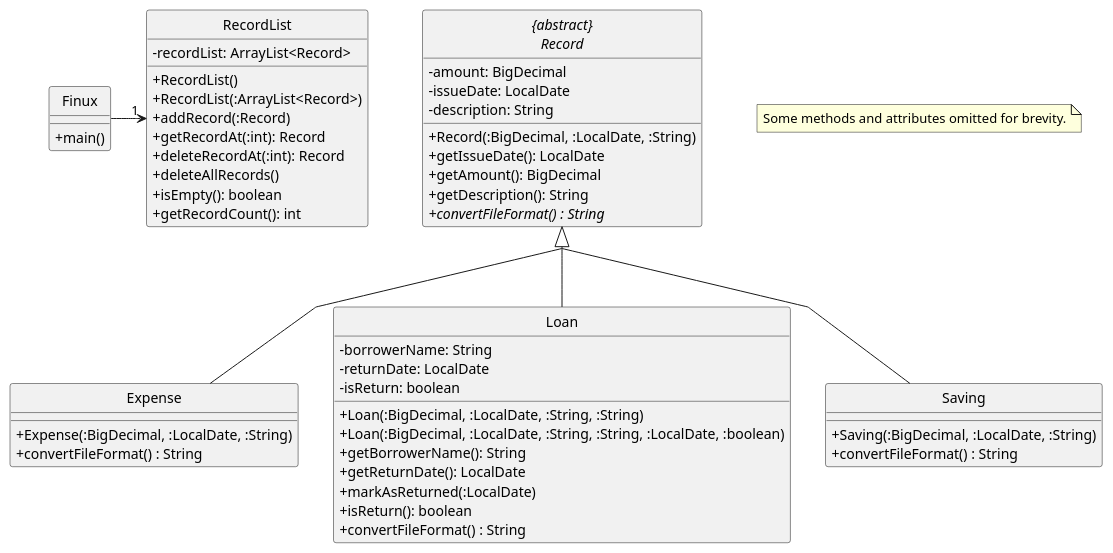
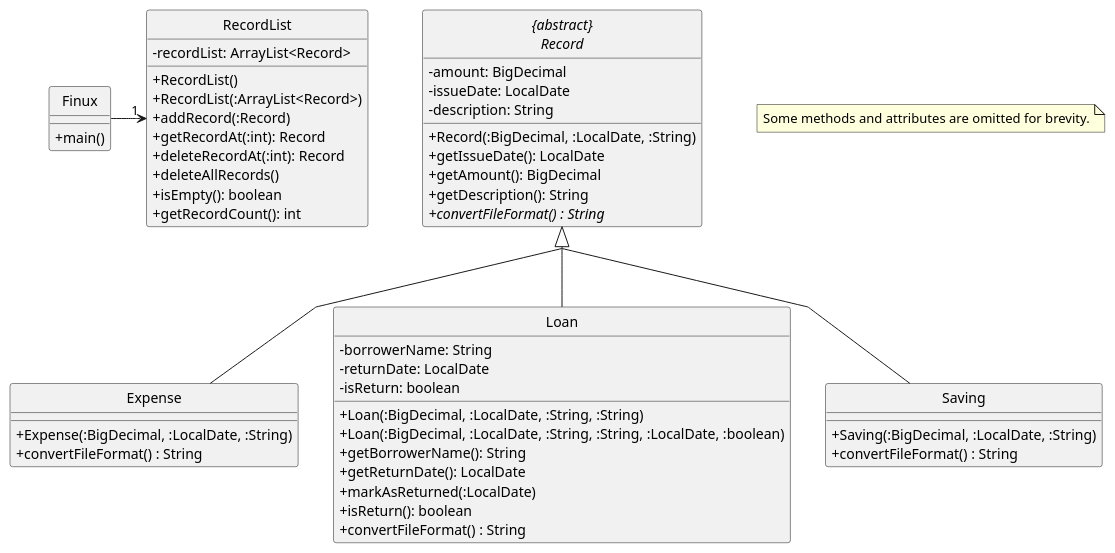
The diagram in docs/diagrams/RecordListClassDiagram.puml (nus-cs2113-AY2021S2/tp), drawn with PlantUML before and after one commit. The commit also changed 2 other files, not shown here.

Commit message:
Minor fix to note section in RecordList class diagram
- Remove unuse constant in Record class

```diff
--- a/docs/diagrams/RecordListClassDiagram.puml
+++ b/docs/diagrams/RecordListClassDiagram.puml
@@ -1,67 +1,67 @@
 @startuml
 skinparam classAttributeIconSize 0
 hide circle
 
 class RecordList {
     -recordList: ArrayList<Record>
     +RecordList()
     +RecordList(:ArrayList<Record>)
     +addRecord(:Record)
     +getRecordAt(:int): Record
     +deleteRecordAt(:int): Record
     +deleteAllRecords()
     +isEmpty(): boolean
     +getRecordCount(): int
 }
 
 abstract class "{abstract}\nRecord" as Record {
     -amount: BigDecimal
     -issueDate: LocalDate
     -description: String
     +Record(:BigDecimal, :LocalDate, :String)
     +getIssueDate(): LocalDate
     +getAmount(): BigDecimal
     +getDescription(): String
     {abstract} +convertFileFormat() : String
 }
 
 class Expense {
     +Expense(:BigDecimal, :LocalDate, :String)
     +convertFileFormat() : String
 }
 
 class Loan {
     -borrowerName: String
     -returnDate: LocalDate
     -isReturn: boolean
     +Loan(:BigDecimal, :LocalDate, :String, :String)
     +Loan(:BigDecimal, :LocalDate, :String, :String, :LocalDate, :boolean)
     +getBorrowerName(): String
     +getReturnDate(): LocalDate
     +markAsReturned(:LocalDate)
     +isReturn(): boolean
     +convertFileFormat() : String
 }
 
 class Saving {
     +Saving(:BigDecimal, :LocalDate, :String)
     +convertFileFormat() : String
 }
 
 class Finux {
     +main()
 }
 
 Finux -> "1"RecordList
 
 skinparam linetype polyline
 skinparam groupInheritance 3
 
 Record <|-- Expense
 Record <|-- Saving
 Record <|-- Loan
 
-note "Some methods and attributes omitted for brevity." as N1
+note "Some methods and attributes are omitted for brevity." as N1
 
 
 @enduml
```
